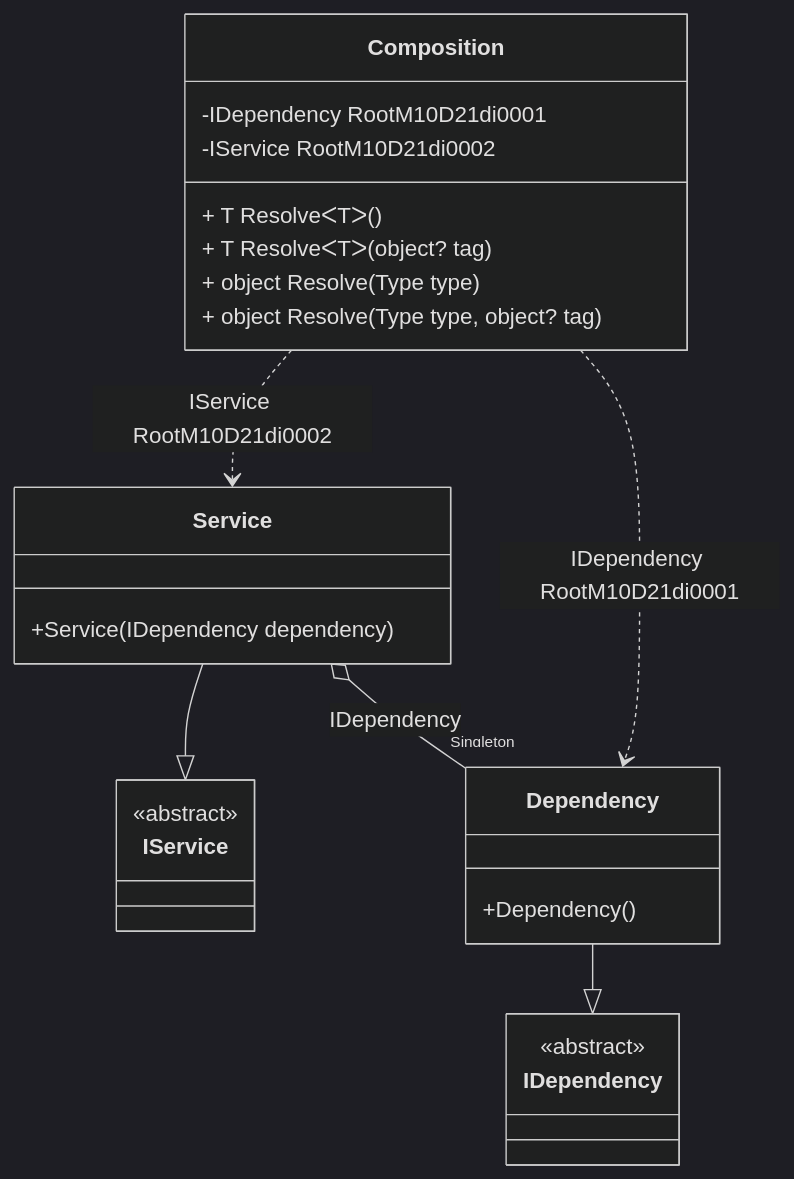
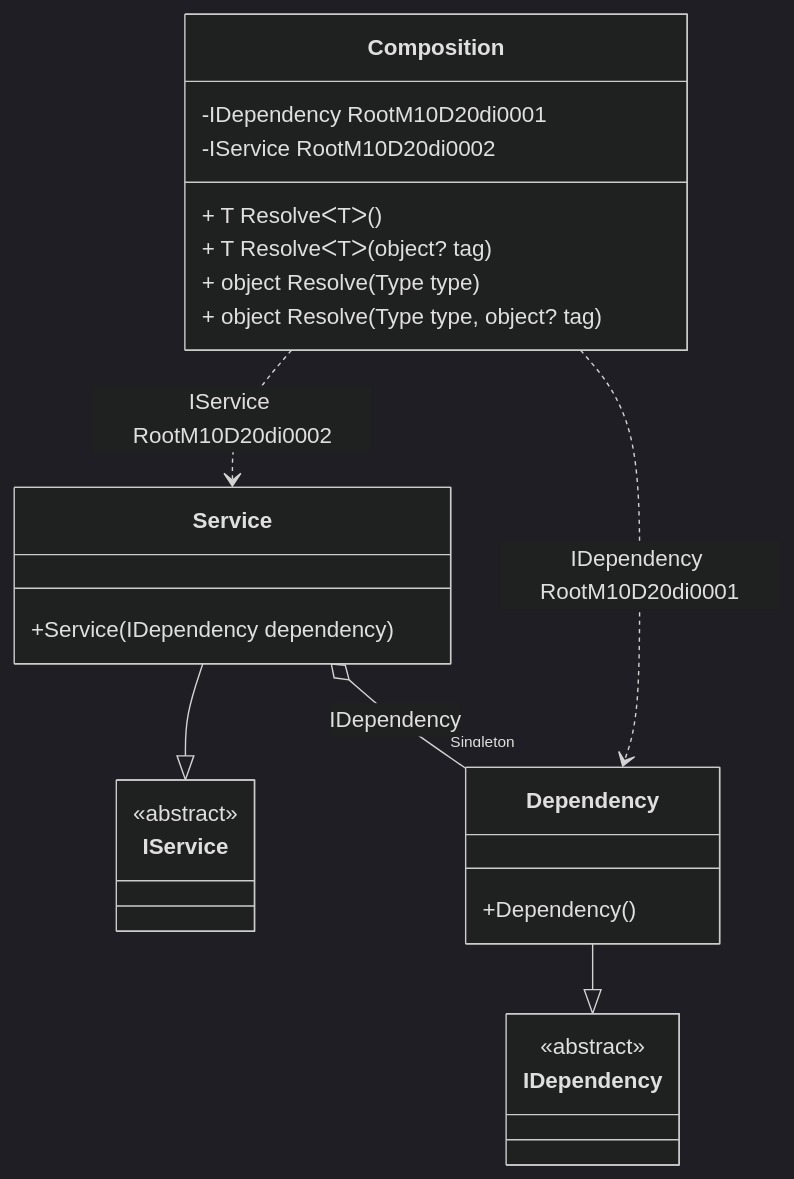
The diagram in readme/service-collection.md (DevTeam/Pure.DI), drawn with Mermaid (dark theme) before and after one commit. The commit also changed other lines of this file and 85 other files, not shown here.

````diff
--- a/readme/service-collection.md
+++ b/readme/service-collection.md
@@ -50,28 +50,28 @@
 ```mermaid
 classDiagram
   class Composition {
-    -IDependency RootM10D21di0001
-    -IService RootM10D21di0002
+    -IDependency RootM10D20di0001
+    -IService RootM10D20di0002
     + T ResolveᐸTᐳ()
     + T ResolveᐸTᐳ(object? tag)
     + object Resolve(Type type)
     + object Resolve(Type type, object? tag)
   }
   Service --|> IService : 
   class Service {
     +Service(IDependency dependency)
   }
   Dependency --|> IDependency : 
   class Dependency {
     +Dependency()
   }
   class IService {
     <<abstract>>
   }
   class IDependency {
     <<abstract>>
   }
   Service o--  "Singleton" Dependency : IDependency
-  Composition ..> Dependency : IDependency RootM10D21di0001
-  Composition ..> Service : IService RootM10D21di0002
+  Composition ..> Dependency : IDependency RootM10D20di0001
+  Composition ..> Service : IService RootM10D20di0002
 ```
````
